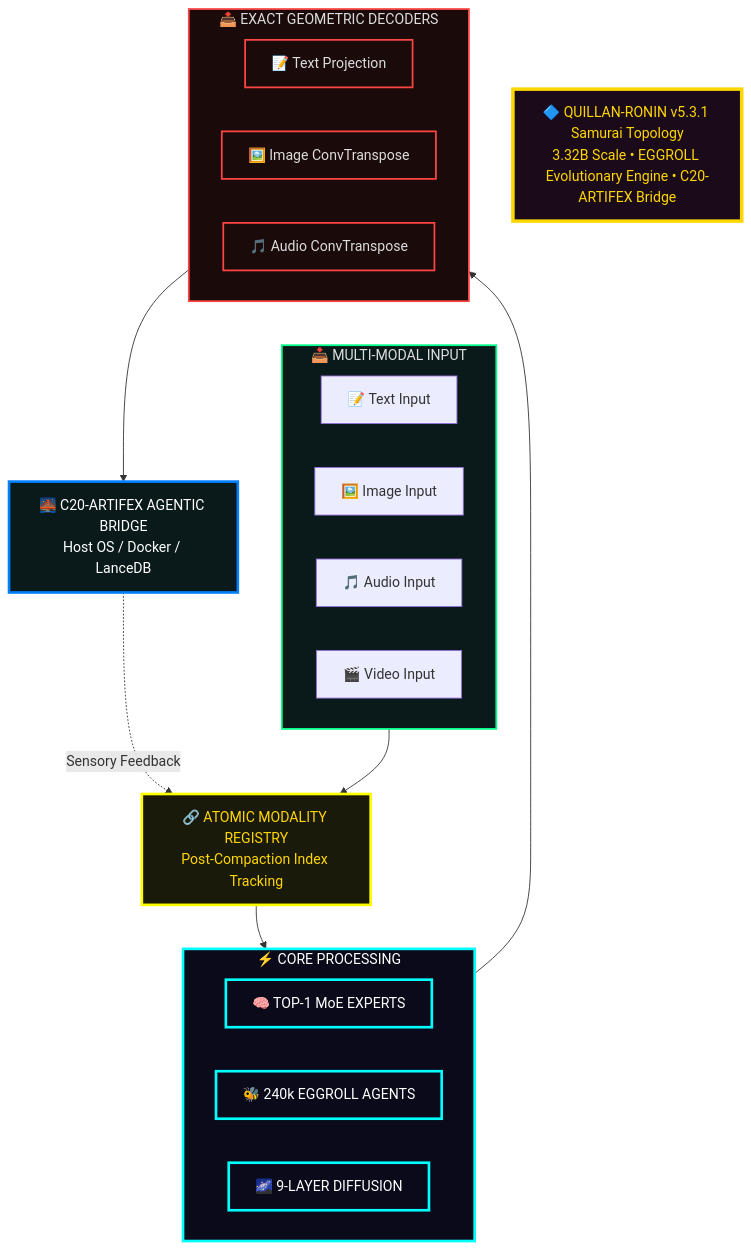
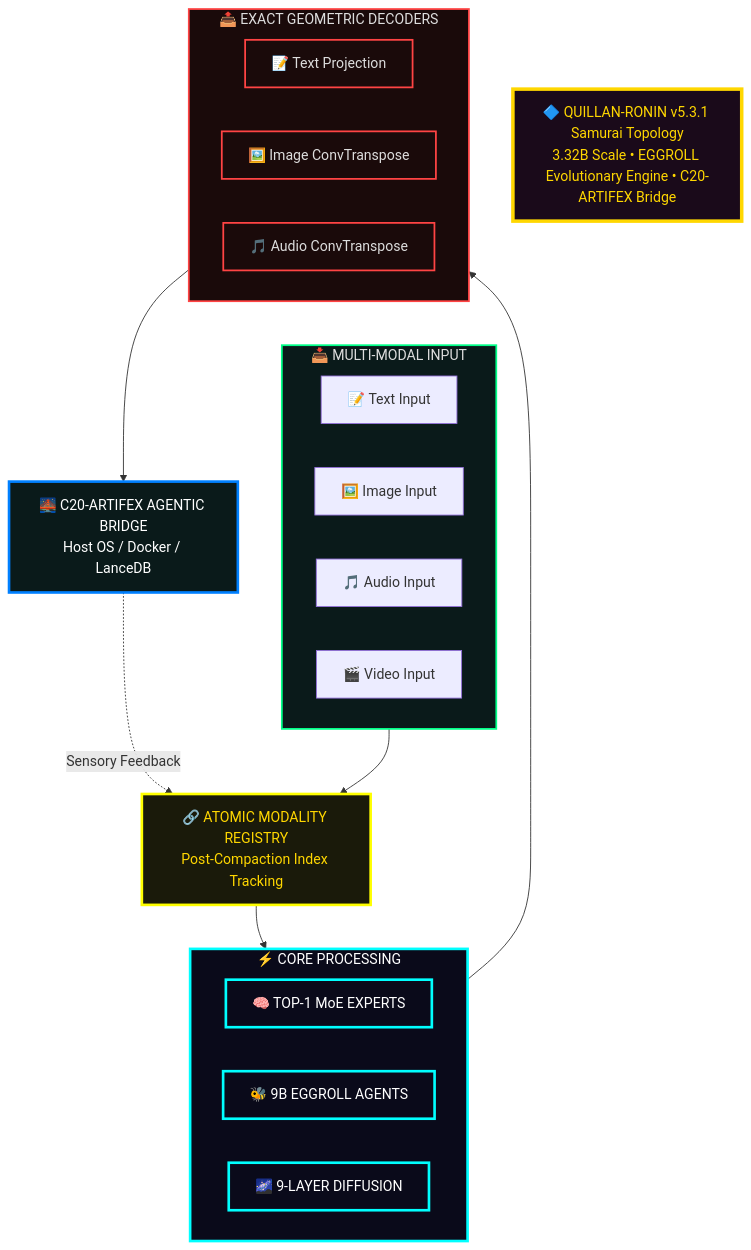
Diagram 44 of 46 in system prompts/Quillan-Samurai.md (leeex1/Ace-v4.2-repo), drawn with Mermaid before and after one commit. The commit also changed other lines of this file, not shown here.

````diff
--- a/system prompts/Quillan-Samurai.md
+++ b/system prompts/Quillan-Samurai.md
@@ -8470,57 +8470,57 @@
 ```mermaid
 flowchart TB
     %% HEADER
     SYS["🔷 QUILLAN-RONIN v5.3.1 Samurai Topology<br/>3.32B Scale • EGGROLL Evolutionary Engine • C20-ARTIFEX Bridge"]
 
     %% INPUT LAYER
     subgraph INPUT ["📥 MULTI-MODAL INPUT"]
         direction LR
         TEXT["📝 Text Input"]
         IMG["🖼️ Image Input"]
         AUD["🎵 Audio Input"]
         VID["🎬 Video Input"]
     end
 
     %% REGISTRY & FUSION
     REG["🔗 ATOMIC MODALITY REGISTRY<br/>Post-Compaction Index Tracking"]
 
     %% CORE PROCESSING
     subgraph CORE ["⚡ CORE PROCESSING"]
         MOE["🧠 TOP-1 MoE EXPERTS"]
-        SWARM["🐝 240k EGGROLL AGENTS"]
+        SWARM["🐝 9B EGGROLL AGENTS"]
         DIFF["🌌 9-LAYER DIFFUSION"]
     end
 
     %% OUTPUT LAYER
     subgraph OUTPUT ["📤 EXACT GEOMETRIC DECODERS"]
         direction LR
         TDEC["📝 Text Projection"]
         IDEC["🖼️ Image ConvTranspose"]
         ADEC["🎵 Audio ConvTranspose"]
     end
 
     %% BRIDGE
     BRIDGE["🌉 C20-ARTIFEX AGENTIC BRIDGE<br/>Host OS / Docker / LanceDB"]
 
     %% FLOW
     INPUT --> REG
     REG --> CORE
     CORE --> OUTPUT
     OUTPUT --> BRIDGE
     BRIDGE -.->|"Sensory Feedback"| REG
 
     %% STYLING
     classDef header  fill:#1a0a1a,stroke:#ffd700,stroke-width:4px,color:#ffd700
     classDef input   fill:#0a1a1a,stroke:#00ff88,stroke-width:2px,color:#ddd
     classDef registry fill:#1a1a0a,stroke:#ffff00,stroke-width:3px,color:#ffd700
     classDef core    fill:#0a0a1a,stroke:#00ffff,stroke-width:3px,color:#fff
     classDef output  fill:#1a0a0a,stroke:#ff4444,stroke-width:2px,color:#ddd
     classDef bridge  fill:#0a1a1a,stroke:#0080ff,stroke-width:3px,color:#ffffff
 
     class SYS header
     class INPUT input
     class REG registry
     class CORE,MOE,SWARM,DIFF core
     class OUTPUT,TDEC,IDEC,ADEC output
     class BRIDGE bridge
 ```
````
